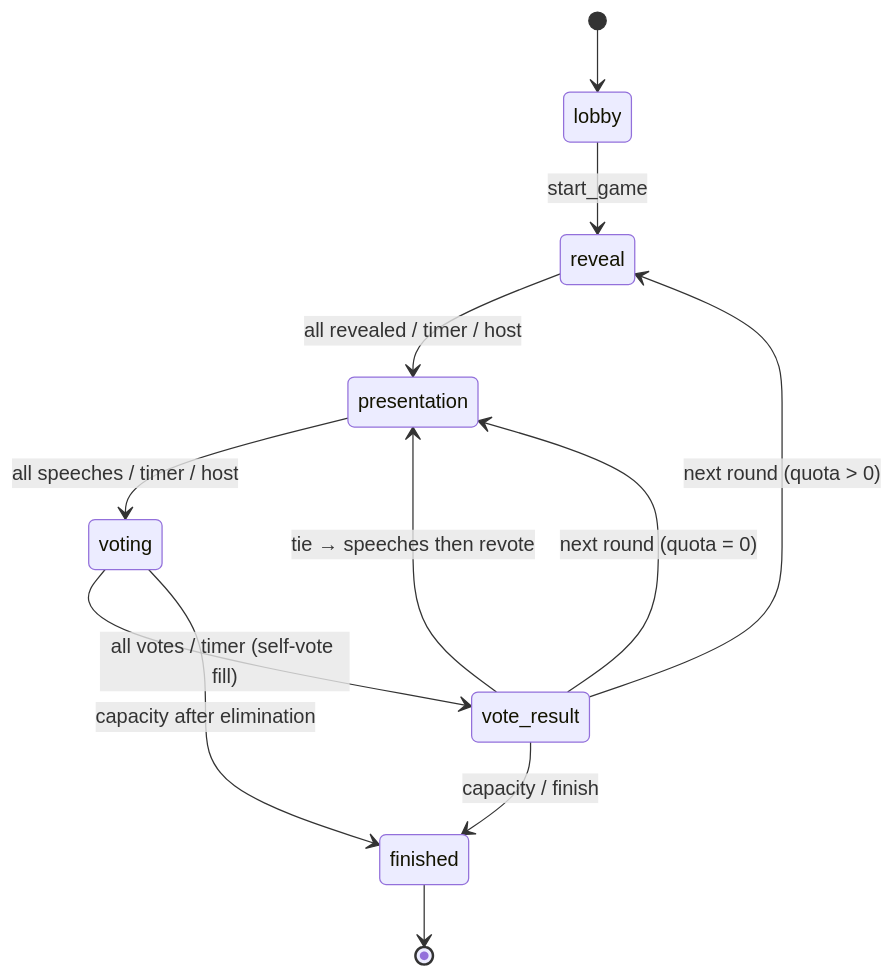
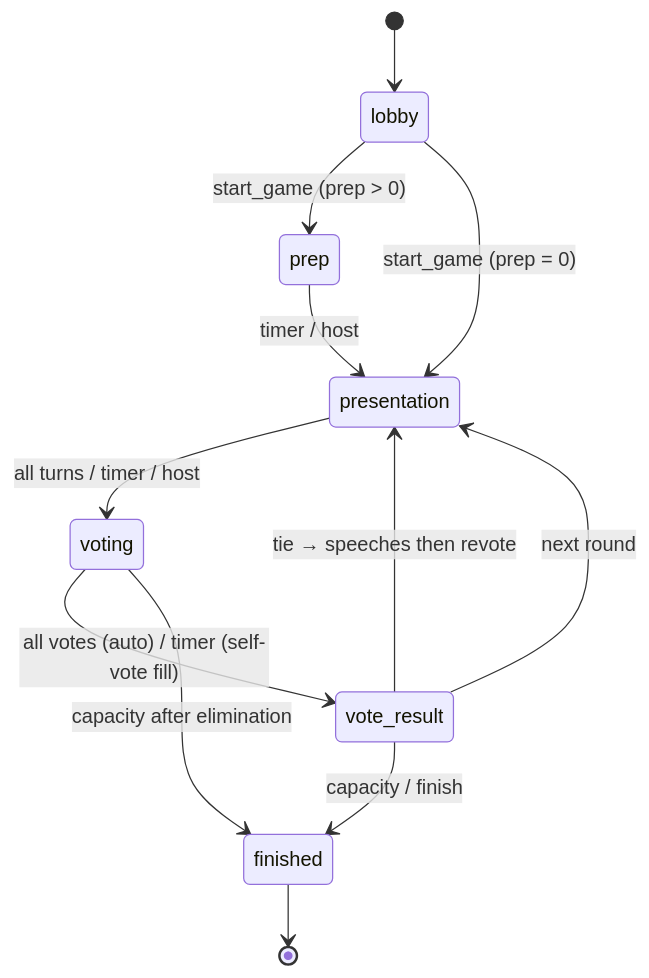
One commit to TereshonokVladimir/shelter changed the diagram in docs/game-flow.md. Above: the diagram before and after it, drawn with Mermaid. The commit also changed other lines of this file and 99 other files, not shown here.

````diff
--- a/docs/game-flow.md
+++ b/docs/game-flow.md
@@ -3,14 +3,14 @@
 ```mermaid
 stateDiagram-v2
     [*] --> lobby
-    lobby --> reveal: start_game
-    reveal --> presentation: all revealed / timer / host
-    presentation --> voting: all speeches / timer / host
-    voting --> vote_result: all votes / timer (self-vote fill)
+    lobby --> prep: start_game (prep > 0)
+    lobby --> presentation: start_game (prep = 0)
+    prep --> presentation: timer / host
+    presentation --> voting: all turns / timer / host
+    voting --> vote_result: all votes (auto) / timer (self-vote fill)
     vote_result --> presentation: tie → speeches then revote
-    vote_result --> reveal: next round (quota > 0)
-    vote_result --> presentation: next round (quota = 0)
+    vote_result --> presentation: next round
     vote_result --> finished: capacity / finish
     voting --> finished: capacity after elimination
     finished --> [*]
 ```
````
